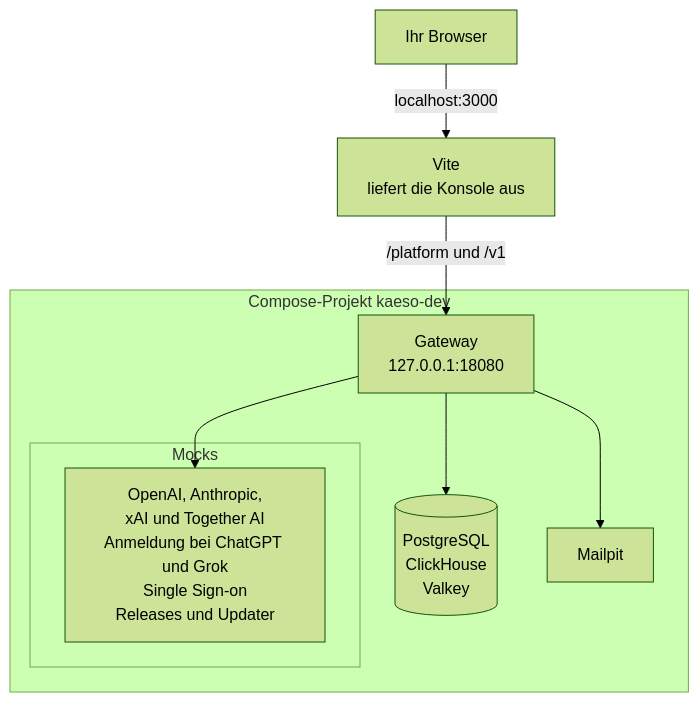
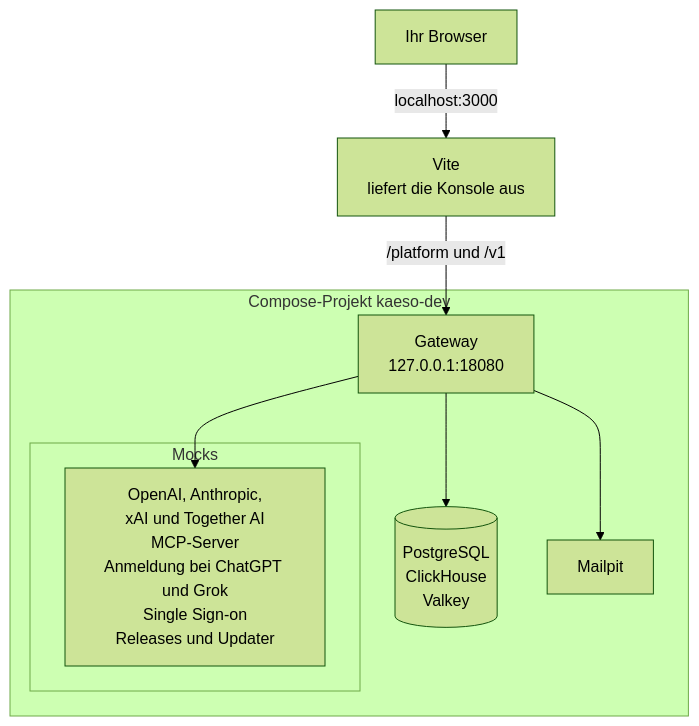
Before and after one commit to logicplanes/kaeso: the diagram in apps/docs/content/de/development/stack.md, drawn with Mermaid (forest theme). The commit also changed other lines of this file and 33 other files, not shown here.

First line of the commit message:
Kaeso reaches remote MCP servers over Streamable HTTP, only on networks you allow

````diff
--- a/apps/docs/content/de/development/stack.md
+++ b/apps/docs/content/de/development/stack.md
@@ -9,18 +9,18 @@
 ```mermaid
 flowchart TD
   accTitle: Der Entwicklungs-Stack
-  accDescr: Ihr Browser öffnet Vite auf localhost:3000. Vite liefert die Konsole aus und leitet /platform und /v1 an das Gateway auf 127.0.0.1:18080 weiter. Das Gateway läuft im Compose-Projekt kaeso-dev mit PostgreSQL, ClickHouse und Valkey und ruft die Mock-Anbieter, den Mock für ChatGPT- und Grok-Anmeldung, den Mock für Single Sign-on, die Mock-Releases und den Mock-Updater sowie Mailpit auf.
+  accDescr: Ihr Browser öffnet Vite auf localhost:3000. Vite liefert die Konsole aus und leitet /platform und /v1 an das Gateway auf 127.0.0.1:18080 weiter. Das Gateway läuft im Compose-Projekt kaeso-dev mit PostgreSQL, ClickHouse und Valkey und ruft die Mock-Anbieter, den Mock-MCP-Server, den Mock für ChatGPT- und Grok-Anmeldung, den Mock für Single Sign-on, die Mock-Releases und den Mock-Updater sowie Mailpit auf.
   browser[Ihr Browser]:::outside -- localhost:3000 --> vite[Vite<br>liefert die Konsole aus]
   vite -- /platform und /v1 --> gateway
   subgraph stack [Compose-Projekt kaeso-dev]
     gateway[Gateway<br>127.0.0.1:18080]:::accent
     data[(PostgreSQL<br>ClickHouse<br>Valkey)]
     subgraph mock [Mocks]
-      mocks[OpenAI, Anthropic,<br>xAI und Together AI<br>Anmeldung bei ChatGPT und Grok<br>Single Sign-on<br>Releases und Updater]
+      mocks[OpenAI, Anthropic,<br>xAI und Together AI<br>MCP-Server<br>Anmeldung bei ChatGPT und Grok<br>Single Sign-on<br>Releases und Updater]
     end
     mail[Mailpit]
   end
   gateway --> data
   gateway --> mocks
   gateway --> mail
 ```
````
